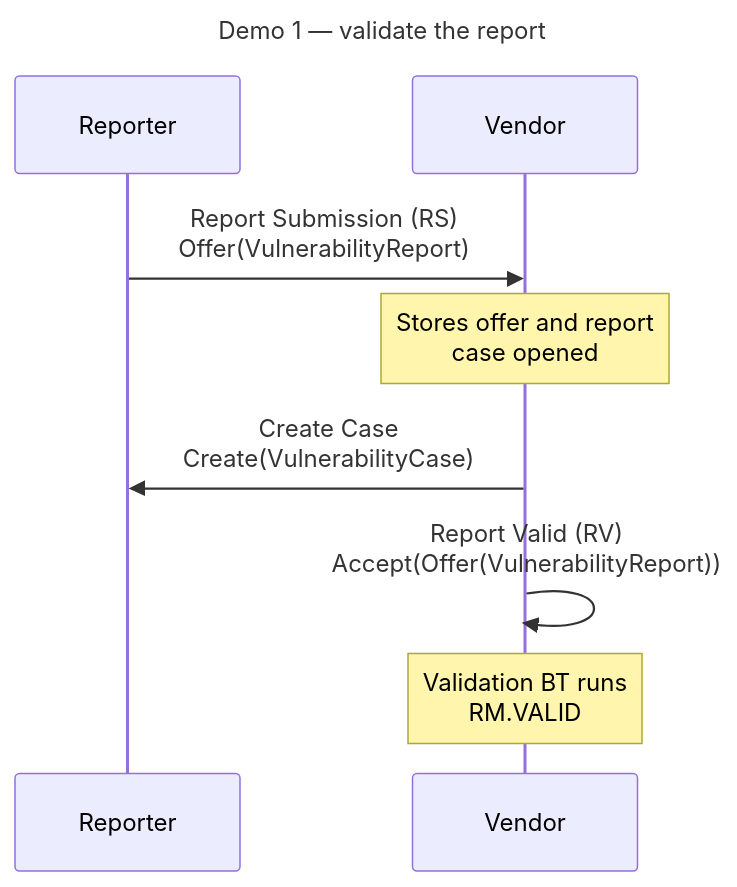
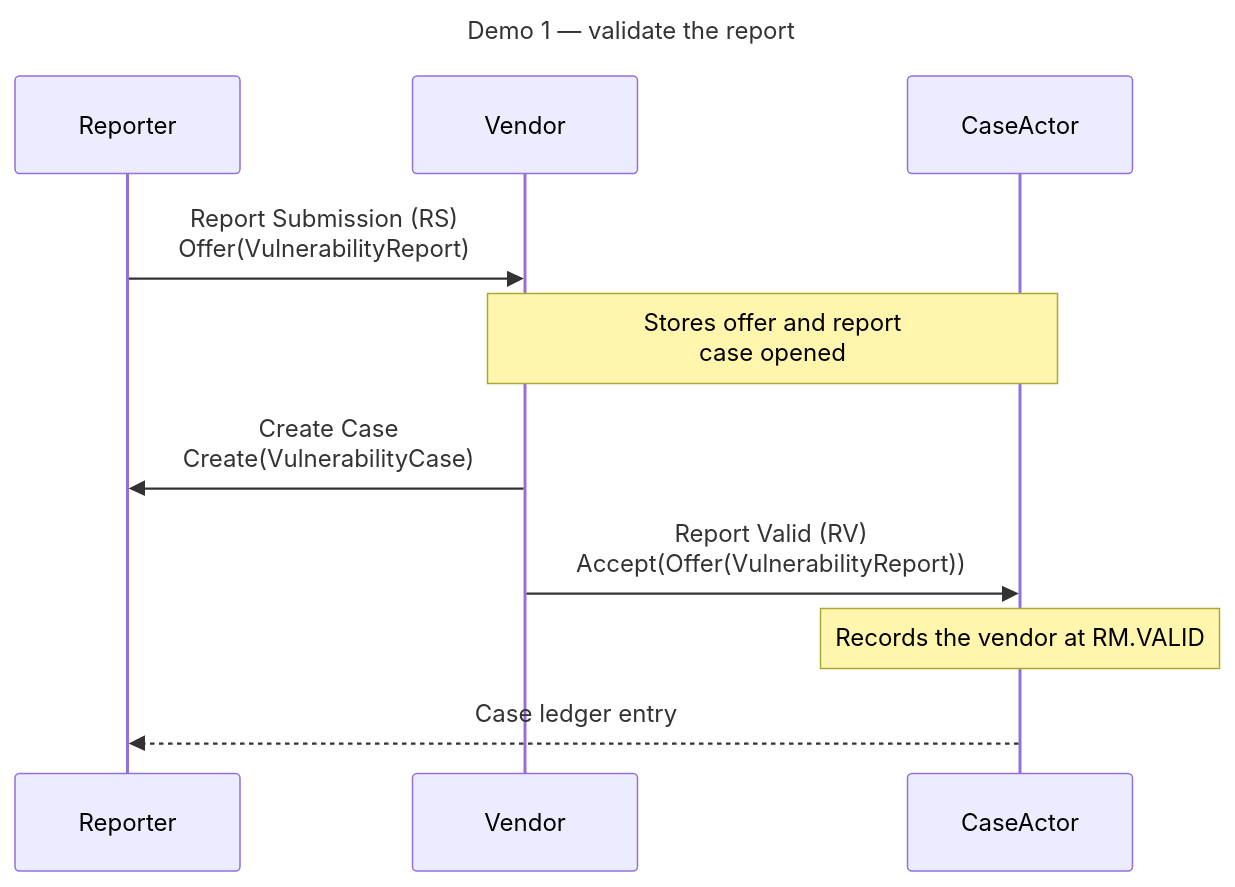
Before and after one commit to CERTCC/Vultron: the first of 3 diagrams in docs/tutorials/receive_report_demo.md, drawn with Mermaid. The commit also changed other lines of this file and 1 other file, not shown here.

Commit message:
docs: exchange demo tutorials show report answers sent to the CaseActor (#5438)

````diff
--- a/docs/tutorials/receive_report_demo.md
+++ b/docs/tutorials/receive_report_demo.md
@@ -122,14 +123,16 @@
 ```mermaid
 ---
 title: Demo 1 — validate the report
 ---
 sequenceDiagram
     participant R as Reporter
     participant V as Vendor
+    participant CA as CaseActor
 
     R->>V: Report Submission (RS)<br/>Offer(VulnerabilityReport)
-    Note over V: Stores offer and report<br/>case opened
+    Note over V,CA: Stores offer and report<br/>case opened
     V->>R: Create Case<br/>Create(VulnerabilityCase)
-    V->>V: Report Valid (RV)<br/>Accept(Offer(VulnerabilityReport))
-    Note over V: Validation BT runs<br/>RM.VALID
+    V->>CA: Report Valid (RV)<br/>Accept(Offer(VulnerabilityReport))
+    Note over CA: Records the vendor at RM.VALID
+    CA-->>R: Case ledger entry
 ```
````
